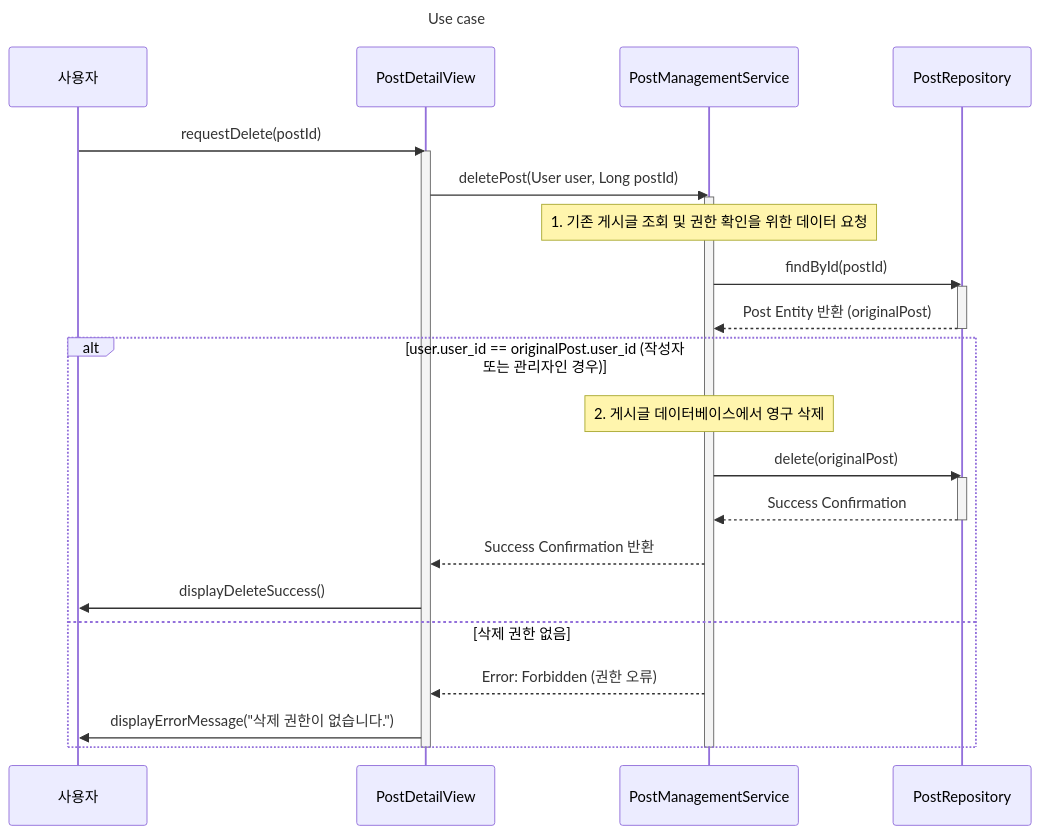
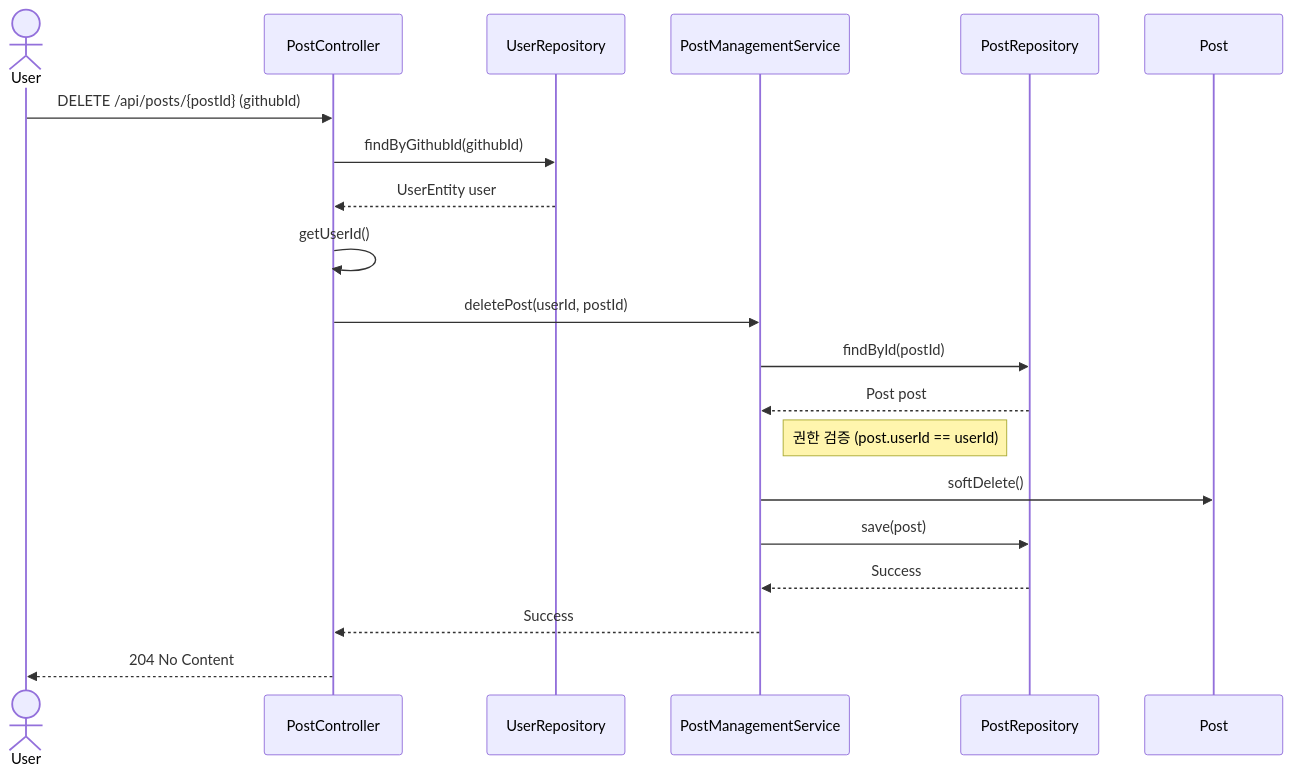
Before and after one commit to OHWCH/se_dev: diagram 34 of 47 in SDS_[깃라잡이].md, drawn with Mermaid. The commit also changed other lines of this file, not shown here.

````diff
--- a/SDS_[깃라잡이].md
+++ b/SDS_[깃라잡이].md
@@ -5905,40 +5678,27 @@
 ```mermaid
 sequenceDiagram
-    participant User as 사용자
-    participant Boundary as PostDetailView
-    participant Control as PostManagementService
-    participant Repository_P as PostRepository
-    
-    Title: Use case #29: 게시글 삭제
-    
-    User->>Boundary: requestDelete(postId)
-    activate Boundary
-    
-    Boundary->>Control: deletePost(User user, Long postId)
-    activate Control
-    
-    Note over Control: 1. 기존 게시글 조회 및 권한 확인을 위한 데이터 요청
-    
-    Control->>Repository_P: findById(postId)
-    activate Repository_P
-    Repository_P-->>Control: Post Entity 반환 (originalPost)
-    deactivate Repository_P
-    
-    alt user.user_id == originalPost.user_id (작성자 또는 관리자인 경우)
-        
-        Note over Control: 2. 게시글 데이터베이스에서 영구 삭제
-        Control->>Repository_P: delete(originalPost)
-        activate Repository_P
-        Repository_P-->>Control: Success Confirmation
-        deactivate Repository_P
-        
-        Control-->>Boundary: Success Confirmation 반환
-        Boundary->>User: displayDeleteSuccess()
-    else 삭제 권한 없음
-        Control-->>Boundary: Error: Forbidden (권한 오류)
-        Boundary->>User: displayErrorMessage("삭제 권한이 없습니다.")
-    end
-    
-    deactivate Control
-    deactivate Boundary
+    actor User
+    User ->> PostController: DELETE /api/posts/{postId} (githubId)
+
+    %% 1. 사용자 조회
+    PostController ->> UserRepository: findByGithubId(githubId)
+    UserRepository -->> PostController: UserEntity user
+    PostController ->> PostController: getUserId()
+
+    %% 2. Service 로직 위임 (소프트 삭제)
+    PostController ->> PostManagementService: deletePost(userId, postId)
+
+    PostManagementService ->> PostRepository: findById(postId)
+    PostRepository -->> PostManagementService: Post post
+
+    Note right of PostManagementService: 권한 검증 (post.userId == userId)
+
+    PostManagementService ->> Post: softDelete()
+    PostManagementService ->> PostRepository: save(post) 
+    PostRepository -->> PostManagementService: Success
+
+    PostManagementService -->> PostController: Success
+
+    %% 3. 응답
+    PostController -->> User: 204 No Content
 ```
````
